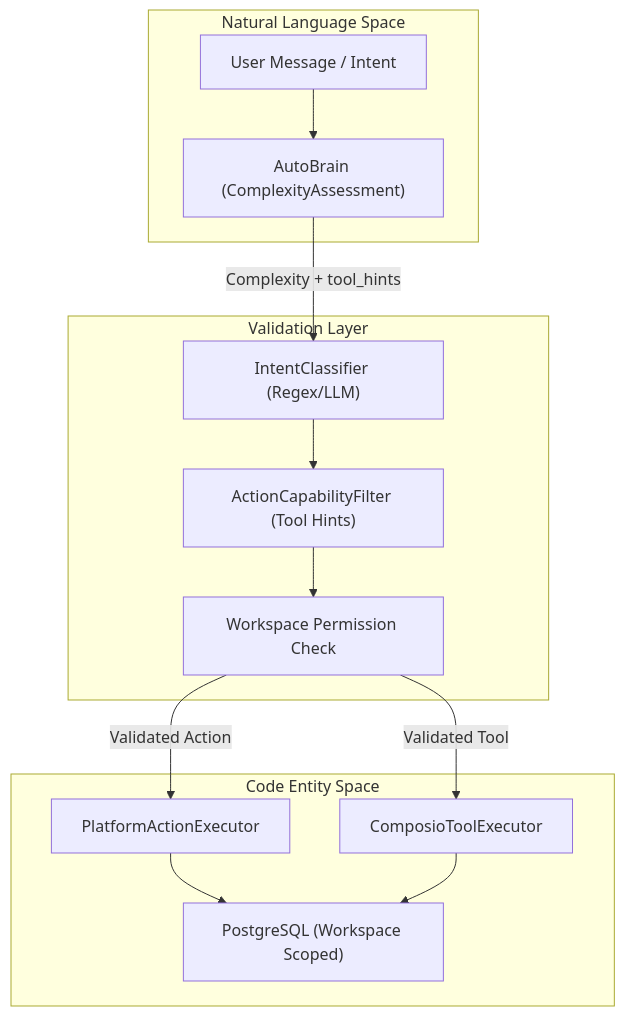
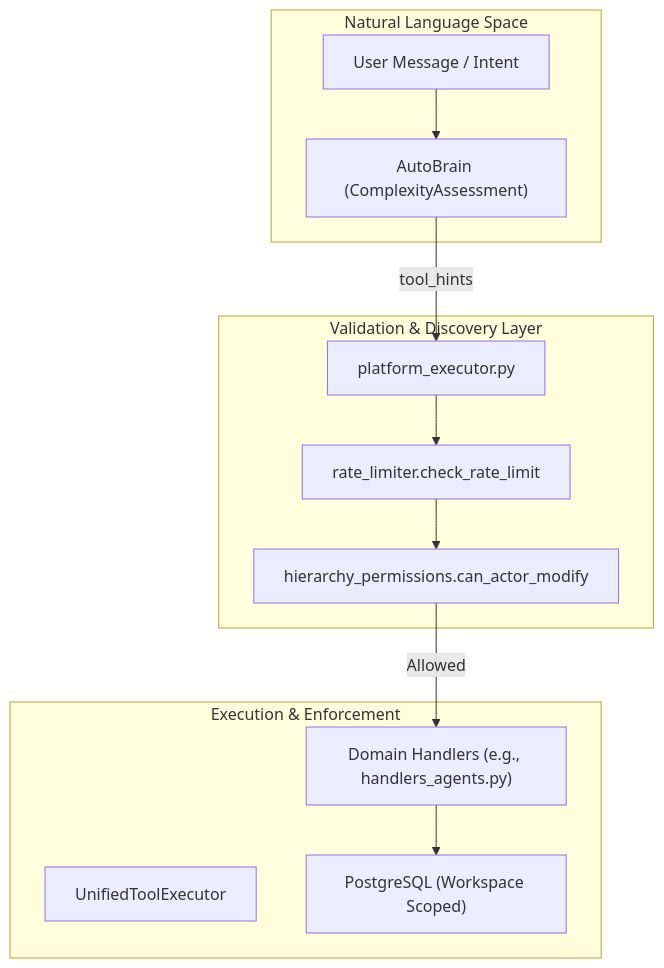
The first of 2 diagrams in docs/tools-integrations/permission-validation-system.md (AutomatosAI/automatos-ai), drawn with Mermaid before and after one commit. The commit also changed other lines of this file and 153 other files, not shown here.

````diff
--- a/docs/tools-integrations/permission-validation-system.md
+++ b/docs/tools-integrations/permission-validation-system.md
@@ -42,28 +49,26 @@
 ```mermaid
 graph TD
     subgraph "Natural Language Space"
         UserMsg["User Message / Intent"]
         AutoBrain["AutoBrain (ComplexityAssessment)"]
     end
 
-    subgraph "Validation Layer"
-        IntentClass["IntentClassifier (Regex/LLM)"]
-        CapFilter["ActionCapabilityFilter (Tool Hints)"]
-        PermissionCheck["Workspace Permission Check"]
+    subgraph "Validation & Discovery Layer"
+        PlatformEx["platform_executor.py"]
+        Hierarchy["hierarchy_permissions.can_actor_modify"]
+        RateLimit["rate_limiter.check_rate_limit"]
     end
 
-    subgraph "Code Entity Space"
-        PlatformExec["PlatformActionExecutor"]
-        ComposioExec["ComposioToolExecutor"]
+    subgraph "Execution & Enforcement"
+        UniExec["UnifiedToolExecutor"]
+        Handler["Domain Handlers (e.g., handlers_agents.py)"]
         DB["PostgreSQL (Workspace Scoped)"]
     end
 
     UserMsg --> AutoBrain
-    AutoBrain -->|Complexity + tool_hints| IntentClass
-    IntentClass --> CapFilter
-    CapFilter --> PermissionCheck
-    PermissionCheck -->|Validated Action| PlatformExec
-    PermissionCheck -->|Validated Tool| ComposioExec
-    PlatformExec --> DB
-    ComposioExec --> DB
+    AutoBrain -->|tool_hints| PlatformEx
+    PlatformEx --> RateLimit
+    RateLimit --> Hierarchy
+    Hierarchy -->|Allowed| Handler
+    Handler --> DB
 ```
````
